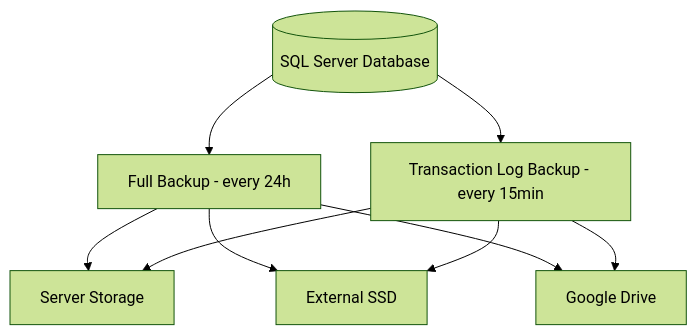
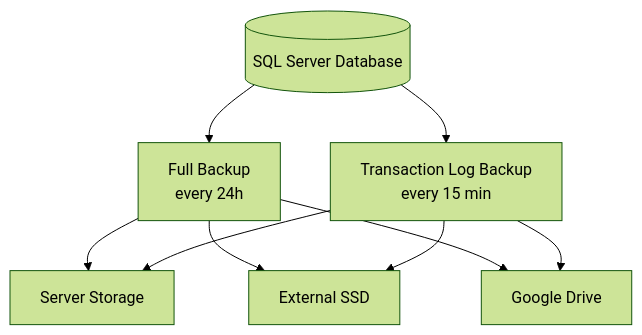
One commit to djole994/E-Raspored-docs changed the second of 2 diagrams in README.md. Above: the diagram before and after it, drawn with Mermaid (forest theme). The commit also changed other lines of this file, not shown here.

````diff
--- a/README.md
+++ b/README.md
@@ -172,13 +154,22 @@
 ```mermaid
 flowchart TD
-    DB[(SQL Server Database)] --> FullBackup[Full Backup - every 24h]
-    DB --> LogBackup[Transaction Log Backup - every 15min]
+    DB[(SQL Server Database)]
 
-    FullBackup --> Server[Server Storage]
-    FullBackup --> SSD[External SSD]
-    FullBackup --> GDrive[Google Drive]
+    FB[Full Backup<br/>every 24h]
+    LB[Transaction Log Backup<br/>every 15 min]
 
-    LogBackup --> Server
-    LogBackup --> SSD
-    LogBackup --> GDrive
+    S1[Server Storage]
+    S2[External SSD]
+    S3[Google Drive]
+
+    DB --> FB
+    DB --> LB
+
+    FB --> S1
+    FB --> S2
+    FB --> S3
+
+    LB --> S1
+    LB --> S2
+    LB --> S3
 ```
````
